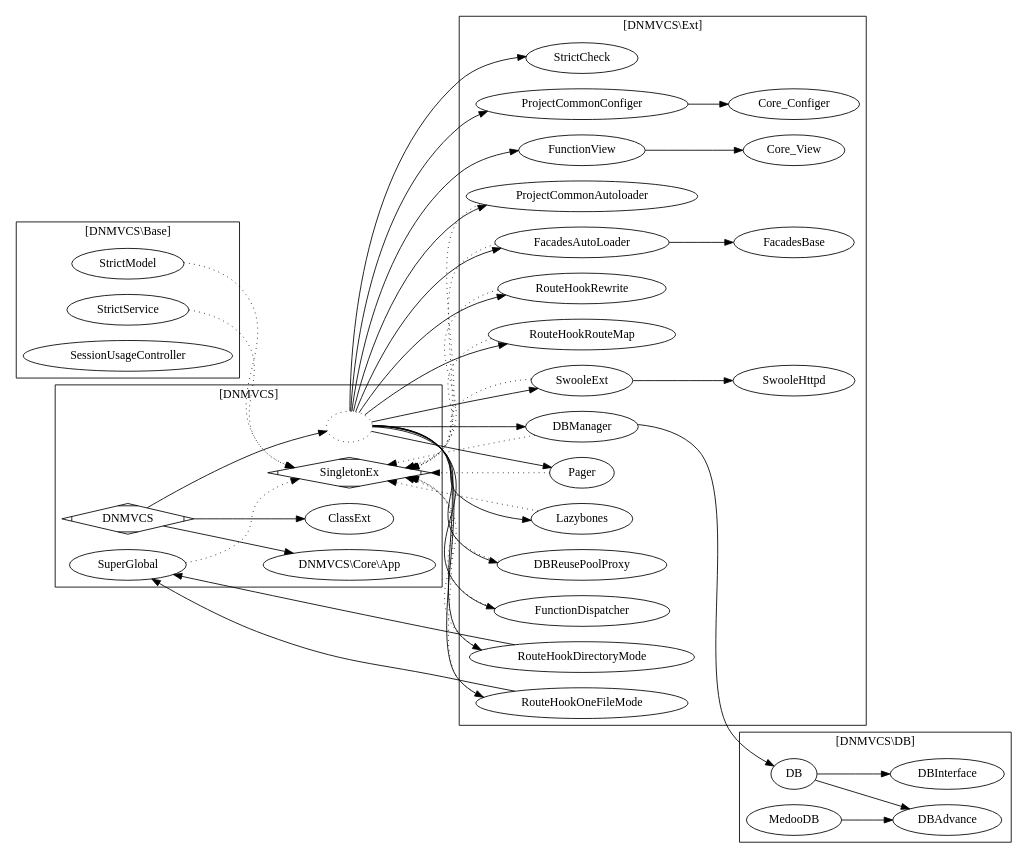
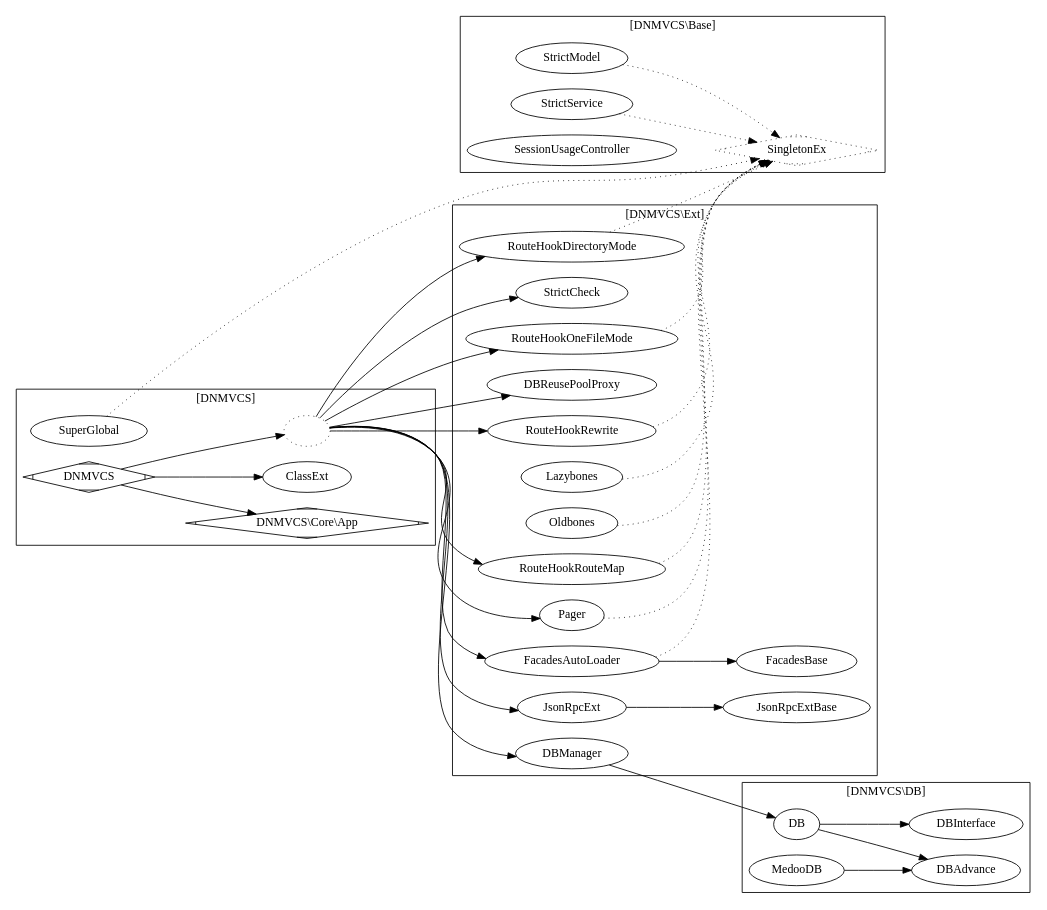
The diagram in doc/dnmvcs.gv (dvaknheo/duckphp), drawn with Graphviz before and after one commit. The commit also changed 2 other files, not shown here.

```diff
--- a/doc/dnmvcs.gv
+++ b/doc/dnmvcs.gv
@@ -1,100 +1,94 @@
 digraph G{
 /* This is a graphviz file */
 graph [rankdir = "LR"];
     SingletonEx [shape=Mdiamond];
 
 subgraph cluster_DNMVCS {
     label = "[DNMVCS]";
 
     DNMVCS -> Core_App;
     DNMVCS -> ClassExt;
 
     DNMVCS -> Ext;
 
     
-    SuperGlobal -> SingletonEx[style="dotted"]; 
     
     ClassExt;
     SuperGlobal;
     DNMVCS [shape=Mdiamond];
     
-    Core_App[label="DNMVCS\\Core\\App"];
+    Core_App[label="DNMVCS\\Core\\App" ,shape=Mdiamond];
 
 }
 subgraph cluster_Base {
     label = "[DNMVCS\\Base]";
 StrictModel -> SingletonEx [style="dotted"]; 
 StrictService -> SingletonEx [style="dotted"]; 
 SessionUsageController;
 }
+subgraph cluster_SingletonEx {
+    label = "[DNMVCS\\Base]";
+        SuperGlobal -> SingletonEx[style="dotted"]; 
+
+SingletonEx[style="dotted"]; 
+}
 
 
 subgraph cluster_DB {
     label = "[DNMVCS\\DB]";
 
-DB_DB -> DB_DBAdvance;
-DB_DB -> DB_DBInterface;
-DB_MedooDB -> DB_DBAdvance;
+    DB_DB -> DB_DBAdvance;
+    DB_DB -> DB_DBInterface;
+    DB_MedooDB -> DB_DBAdvance;
 
-DB_DB [label="DB"];
-DB_DBAdvance [label="DBAdvance"];
-DB_DBInterface [label="DBInterface"];
-DB_MedooDB [label="MedooDB"];
+    DB_DB [label="DB"];
+    DB_DBAdvance [label="DBAdvance"];
+    DB_DBInterface [label="DBInterface"];
+    DB_MedooDB [label="MedooDB"];
 
 
 }
 
 
 
 
 
 
 subgraph cluster_Ext {
 label = "[DNMVCS\\Ext]";
-    Ext;
-    Ext -> SwooleExt;
+    Ext [label="";style="dotted"];
+    
+    Ext -> DBManager -> DB_DB;
+    Ext -> DBReusePoolProxy; 
+    Ext -> FacadesAutoLoader;
+    Ext -> JsonRpcExt;
+    Ext -> Pager;
+    Ext -> RouteHookDirectoryMode;
+    Ext -> RouteHookOneFileMode;
     Ext -> RouteHookRewrite;
     Ext -> RouteHookRouteMap;
     Ext -> StrictCheck;
     
-    Ext -> DBManager -> DB_DB;
     
-    Ext -> Pager;
+    JsonRpcExt -> JsonRpcExtBase ;
 
-
-    SwooleExt-> SwooleHttpd;
+    FacadesAutoLoader ->FacadesBase ;
+    FacadesAutoLoader -> SingletonEx [style="dotted"];
     
-    SwooleExt -> SingletonEx[style="dotted"]; 
     RouteHookRewrite -> SingletonEx[style="dotted"]; 
     RouteHookRouteMap -> SingletonEx [style="dotted"]; 
-    DBManager -> SingletonEx [style="dotted"]; 
     
     Lazybones -> SingletonEx [style="dotted"]; 
+    Oldbones -> SingletonEx [style="dotted"]; 
     
-    Ext -> Lazybones;
-    Ext -> DBReusePoolProxy; 
-    Ext -> FunctionDispatcher;
-    Ext -> ProjectCommonAutoloader;
-    Ext -> FacadesAutoLoader;
-    Ext -> RouteHookDirectoryMode;
-    Ext -> RouteHookOneFileMode;
-    Ext -> ProjectCommonConfiger -> Core_Configer;
-    Ext -> FunctionView  -> Core_View;
-    FacadesAutoLoader ->FacadesBase ;
-    RouteHookDirectoryMode -> SuperGlobal;
-    RouteHookOneFileMode -> SuperGlobal;
+    
 
-    DBReusePoolProxy ->  SingletonEx [style="dotted"];  
-    FunctionDispatcher -> SingletonEx [style="dotted"]; 
-    ProjectCommonAutoloader -> SingletonEx [style="dotted"]; 
-    FacadesAutoLoader -> SingletonEx [style="dotted"]; 
+    
     RouteHookDirectoryMode -> SingletonEx [style="dotted"]; 
     RouteHookOneFileMode -> SingletonEx [style="dotted"];
 
-Pager -> SingletonEx [style="dotted"]; 
-
-    Ext [label="";style="dotted"];
+    Pager -> SingletonEx [style="dotted"]; 
 
 }
 
 }
```
